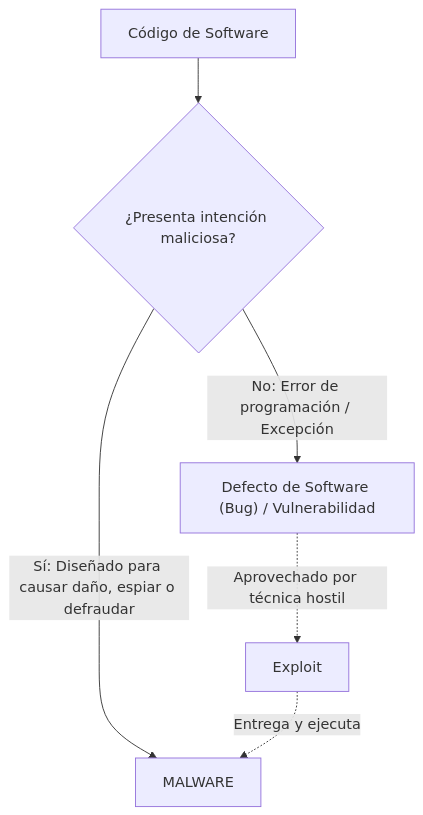
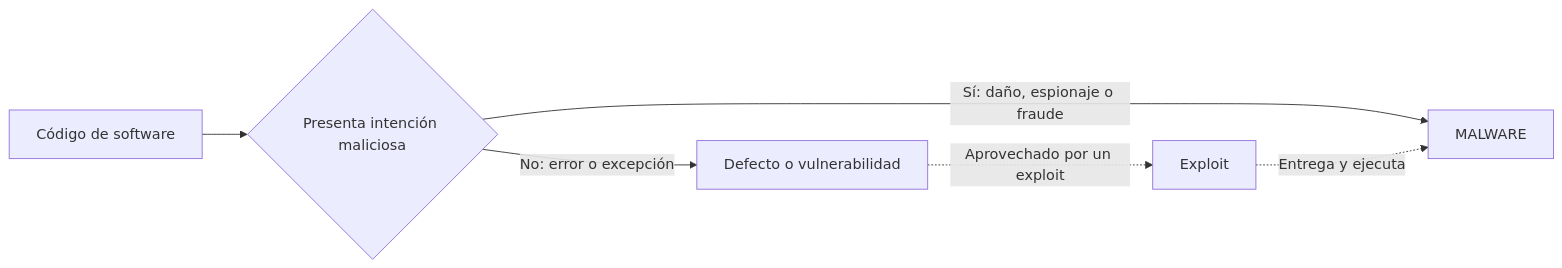
Before and after one commit to purpesec/Cybersecurity-For-Beginners: the second of 7 diagrams in malware-analysis/01-fundamentos-y-taxonomia/README.md, drawn with Mermaid. The commit also changed other lines of this file and 18 other files, not shown here.

````diff
--- a/malware-analysis/01-fundamentos-y-taxonomia/README.md
+++ b/malware-analysis/01-fundamentos-y-taxonomia/README.md
@@ -25,9 +25,8 @@
 ```mermaid
-flowchart TD
-    A["Código de Software"] --> B{"¿Presenta intención maliciosa?"}
-    B -- "No: Error de programación / Excepción" --> C["Defecto de Software (Bug) / Vulnerabilidad"]
-    B -- "Sí: Diseñado para causar daño, espiar o defraudar" --> D["MALWARE"]
-    
-    C -. "Aprovechado por técnica hostil" .-> E["Exploit"]
+flowchart LR
+    A[Código de software] --> B{Presenta intención maliciosa}
+    B -- "No: error o excepción" --> C[Defecto o vulnerabilidad]
+    B -- "Sí: daño, espionaje o fraude" --> D[MALWARE]
+    C -. "Aprovechado por un exploit" .-> E[Exploit]
     E -. "Entrega y ejecuta" .-> D
 ```
````
